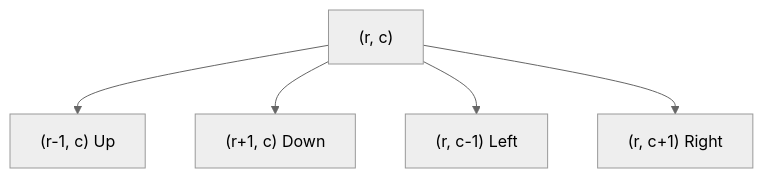
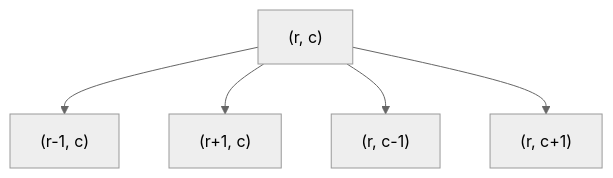
The diagram in grokking-coding-interview/15-matrix-traversal.md (SanjayR857/All-in-One-Notes), drawn with Mermaid (neutral theme) before and after one commit. The commit also changed other lines of this file and 22 other files, not shown here.

````diff
--- a/grokking-coding-interview/15-matrix-traversal.md
+++ b/grokking-coding-interview/15-matrix-traversal.md
@@ -20,7 +20,7 @@
 ```mermaid
 flowchart TD
-    Cell["(r, c)"] --> D1["(r-1, c) Up"]
-    Cell --> D2["(r+1, c) Down"]
-    Cell --> D3["(r, c-1) Left"]
-    Cell --> D4["(r, c+1) Right"]
+    Cell["(r, c)"] --> D1["(r-1, c)"]
+    Cell --> D2["(r+1, c)"]
+    Cell --> D3["(r, c-1)"]
+    Cell --> D4["(r, c+1)"]
 ```
````
